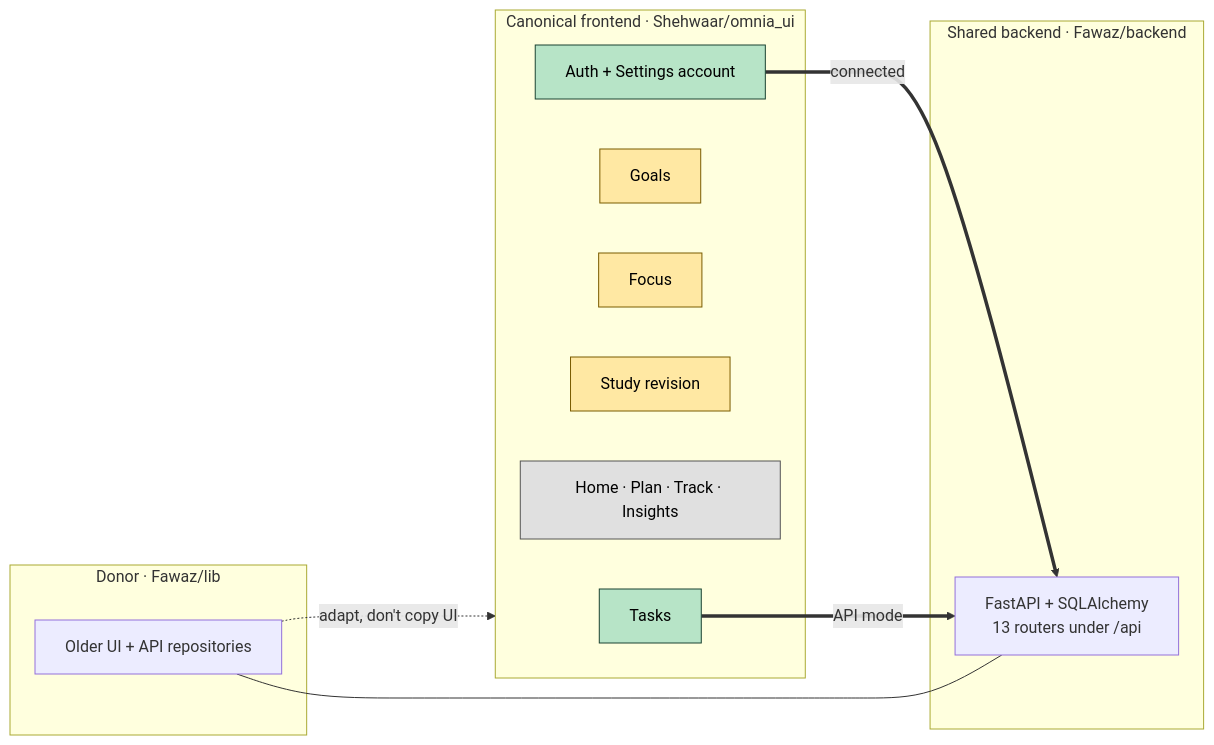
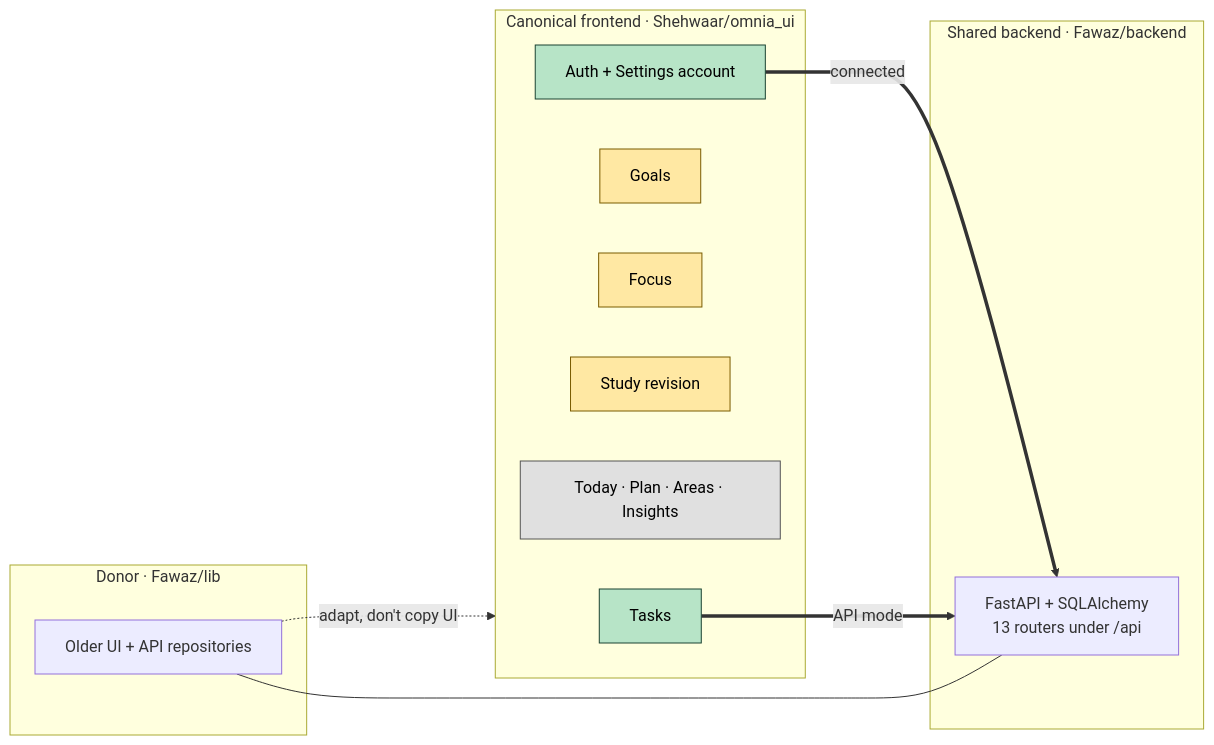
One commit to Gaoher-1207/omnia changed the diagram in docs/omnia-vault/00 - OMNIA.md. Above: the diagram before and after it, drawn with Mermaid. The commit also changed other lines of this file and 71 other files, not shown here.

Commit message:
Refine Omnia UX architecture and design system

````diff
--- a/docs/omnia-vault/00 - OMNIA.md
+++ b/docs/omnia-vault/00 - OMNIA.md
@@ -32,25 +32,25 @@
 ```mermaid
 flowchart LR
     subgraph Canonical["Canonical frontend · Shehwaar/omnia_ui"]
         F1[Tasks]:::api
         F2[Goals]:::local
         F3[Focus]:::local
         F4[Study revision]:::local
-        F5[Home · Plan · Track · Insights]:::sample
+        F5[Today · Plan · Areas · Insights]:::sample
         F6[Auth + Settings account]:::api
     end
     subgraph Backend["Shared backend · Fawaz/backend"]
         B[FastAPI + SQLAlchemy<br/>13 routers under /api]
     end
     subgraph Donor["Donor · Fawaz/lib"]
         D[Older UI + API repositories]
     end
     F6 ==>|connected| B
     F1 ==>|API mode| B
     D -.->|adapt, don't copy UI| Canonical
     D --- B
 
     classDef api fill:#b7e4c7,stroke:#1b4332,color:#000
     classDef local fill:#ffe8a3,stroke:#7a5c00,color:#000
     classDef sample fill:#e0e0e0,stroke:#555,color:#000
 ```
````
